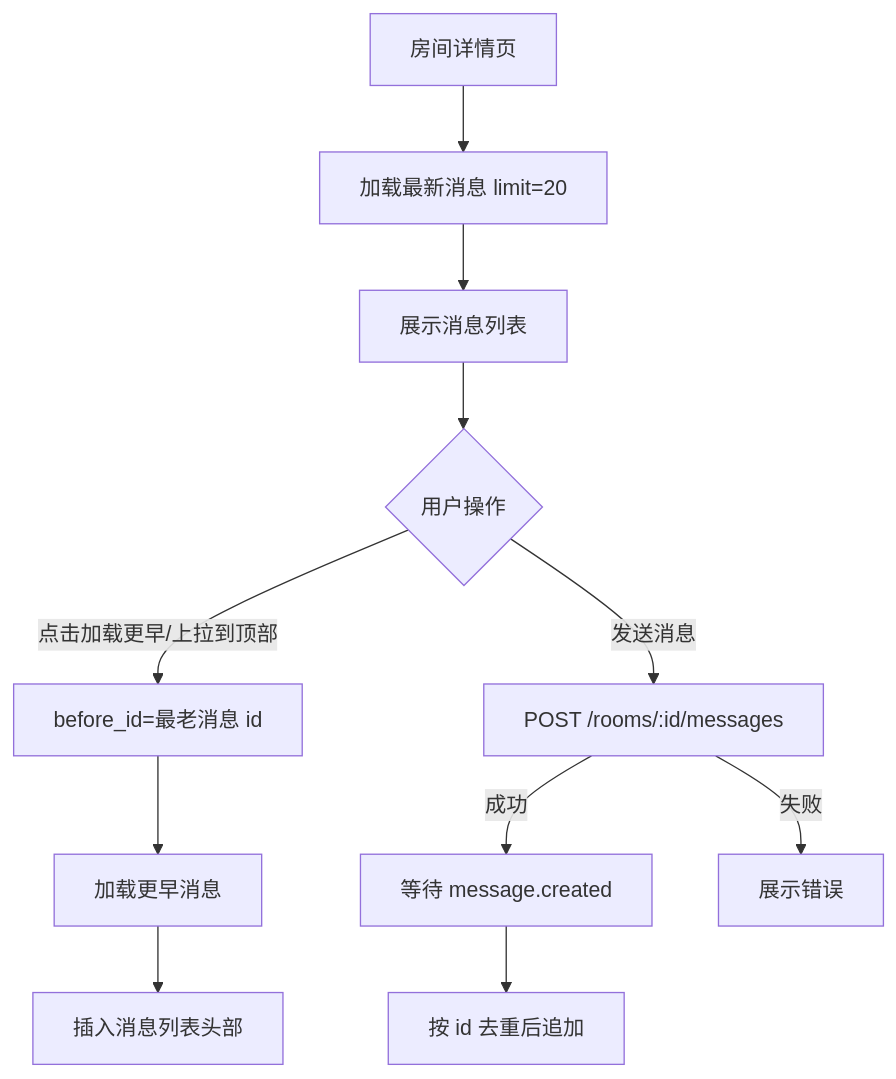
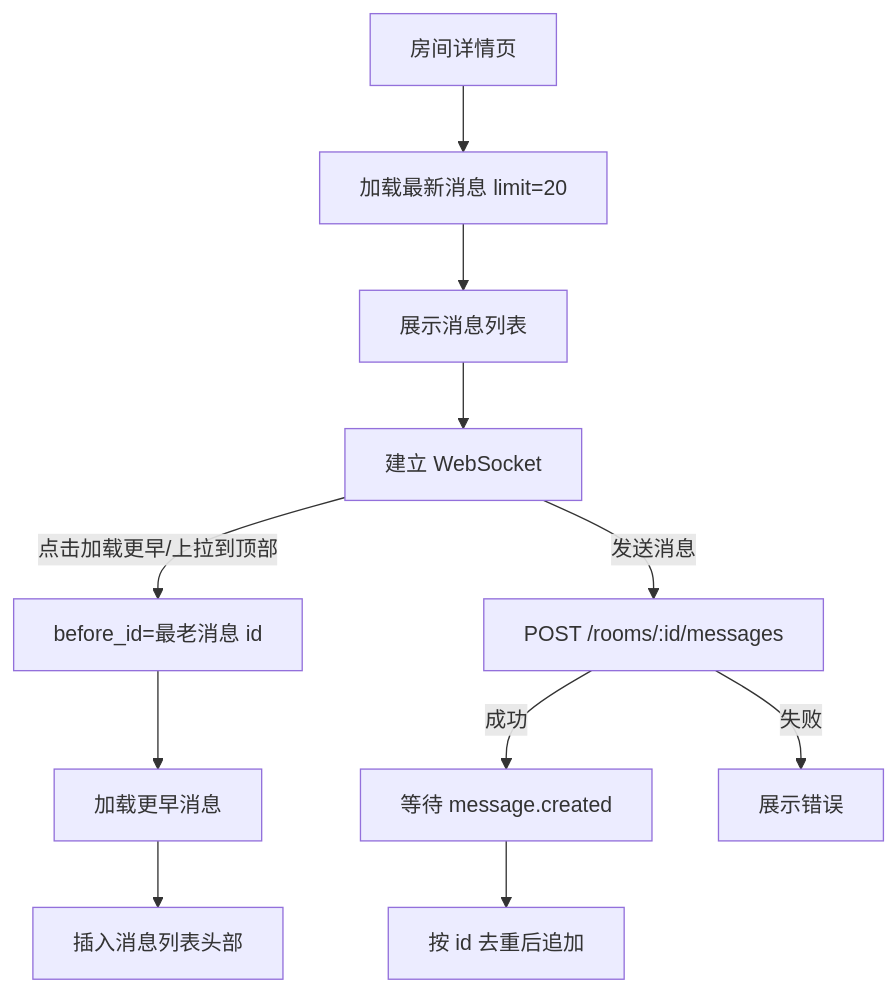
Before and after one commit to DancingCodes/room-app: the fifth of 8 diagrams in docs/客户端逻辑设计.md, drawn with Mermaid. The commit also changed other lines of this file and 9 other files, not shown here.

````diff
--- a/docs/客户端逻辑设计.md
+++ b/docs/客户端逻辑设计.md
@@ -105,13 +80,13 @@
 ```mermaid
 flowchart TD
     A[房间详情页] --> B[加载最新消息 limit=20]
     B --> C[展示消息列表]
-    C --> D{用户操作}
+    C --> D[建立 WebSocket]
     D -- 点击加载更早/上拉到顶部 --> E[before_id=最老消息 id]
     E --> F[加载更早消息]
     F --> G[插入消息列表头部]
     D -- 发送消息 --> H[POST /rooms/:id/messages]
     H -- 成功 --> I[等待 message.created]
     I --> J[按 id 去重后追加]
     H -- 失败 --> K[展示错误]
 ```
````
